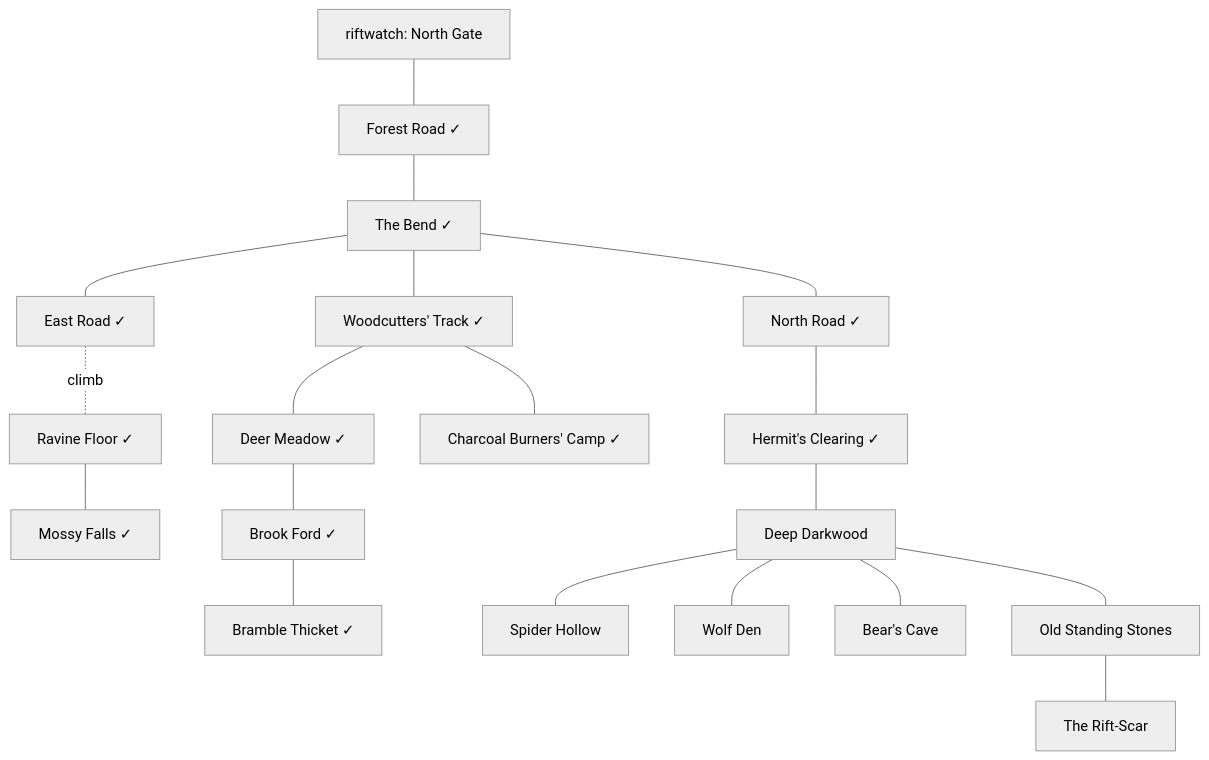
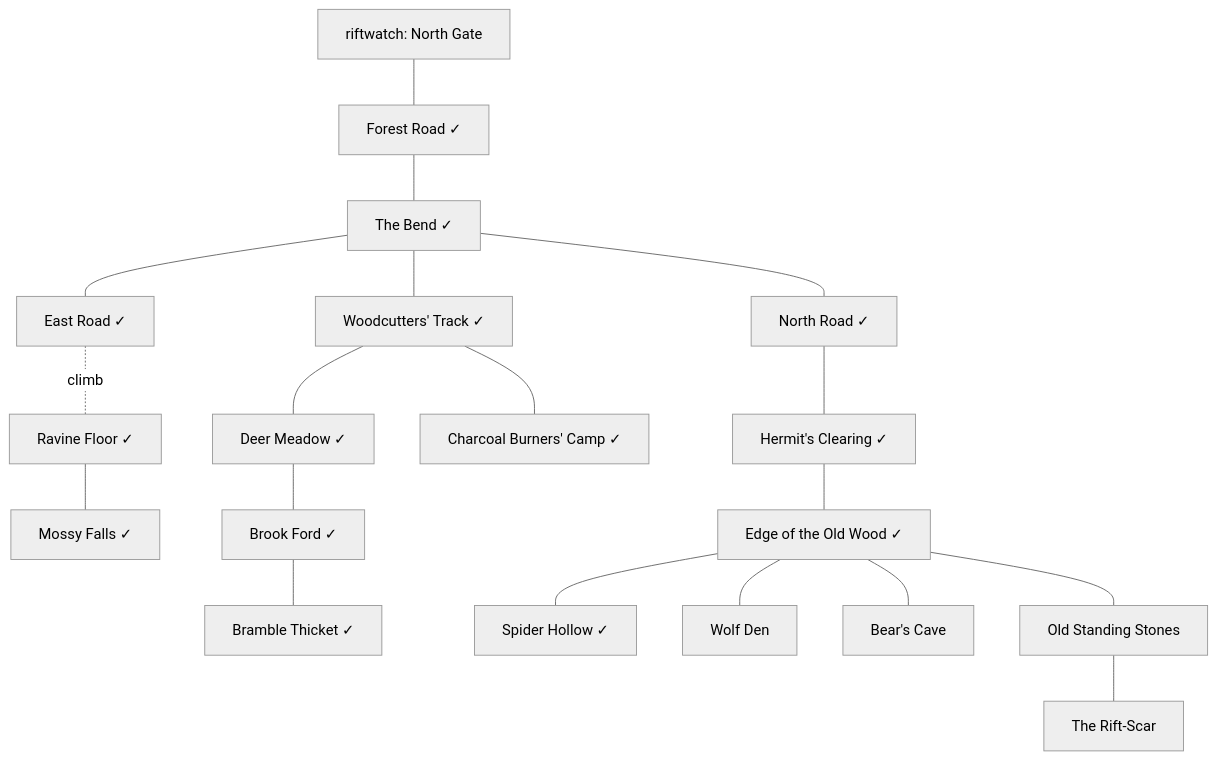
One commit to Aaqibhafeezkhan/riftward changed the diagram in docs/darkwood.md. Above: the diagram before and after it, drawn with Mermaid (neutral theme). The commit also changed other lines of this file and 5 other files, not shown here.

First line of the commit message:
Build the deep wood's edge

````diff
--- a/docs/darkwood.md
+++ b/docs/darkwood.md
@@ -13,21 +13,21 @@
 ```mermaid
 flowchart TB
     gate[riftwatch: North Gate] --- road[Forest Road ✓]
     road --- bend[The Bend ✓]
     bend --- north[North Road ✓]
     north --- clearing[Hermit's Clearing ✓]
     bend --- east[East Road ✓]
     east -. climb .- ravine[Ravine Floor ✓]
     ravine --- pool[Mossy Falls ✓]
     bend --- track[Woodcutters' Track ✓]
     track --- camp[Charcoal Burners' Camp ✓]
     track --- meadow[Deer Meadow ✓]
     meadow --- brook[Brook Ford ✓]
     brook --- thicket[Bramble Thicket ✓]
-    clearing --- deep[Deep Darkwood]
-    deep --- hollow[Spider Hollow]
+    clearing --- deep[Edge of the Old Wood ✓]
+    deep --- hollow[Spider Hollow ✓]
     deep --- den[Wolf Den]
     deep --- cave[Bear's Cave]
     deep --- stones[Old Standing Stones]
     stones --- scar[The Rift-Scar]
 ```
````
